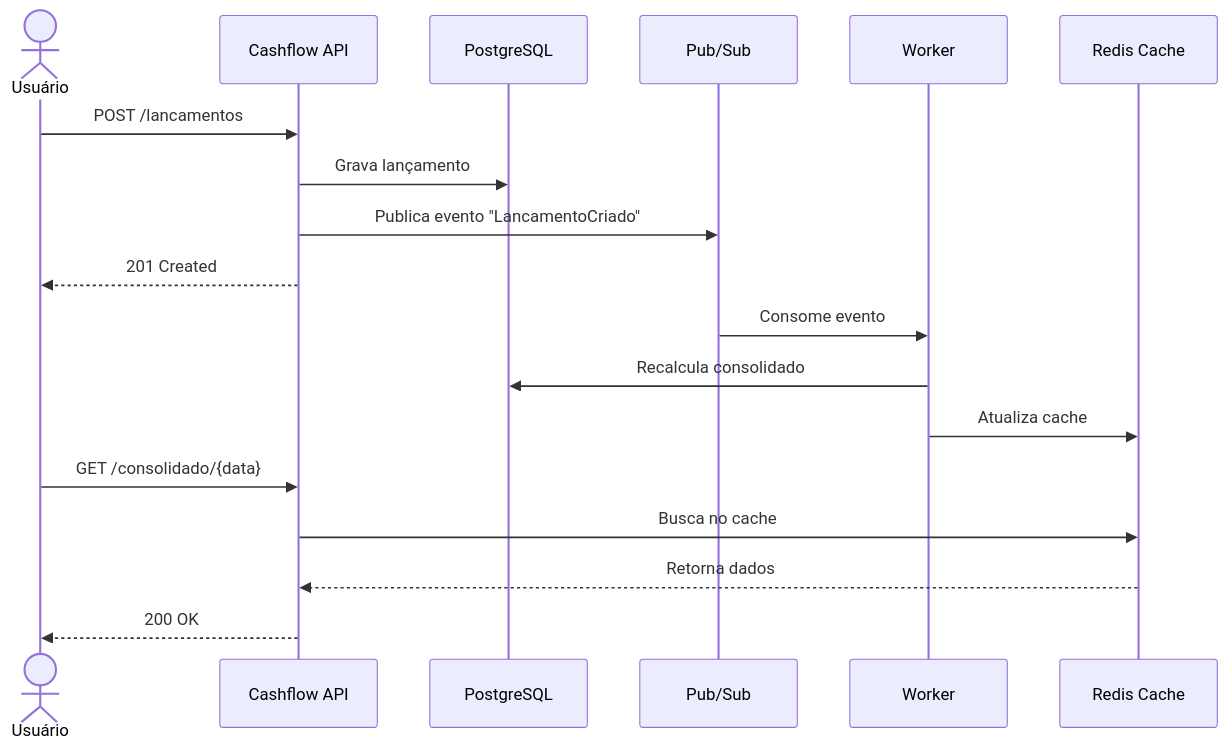
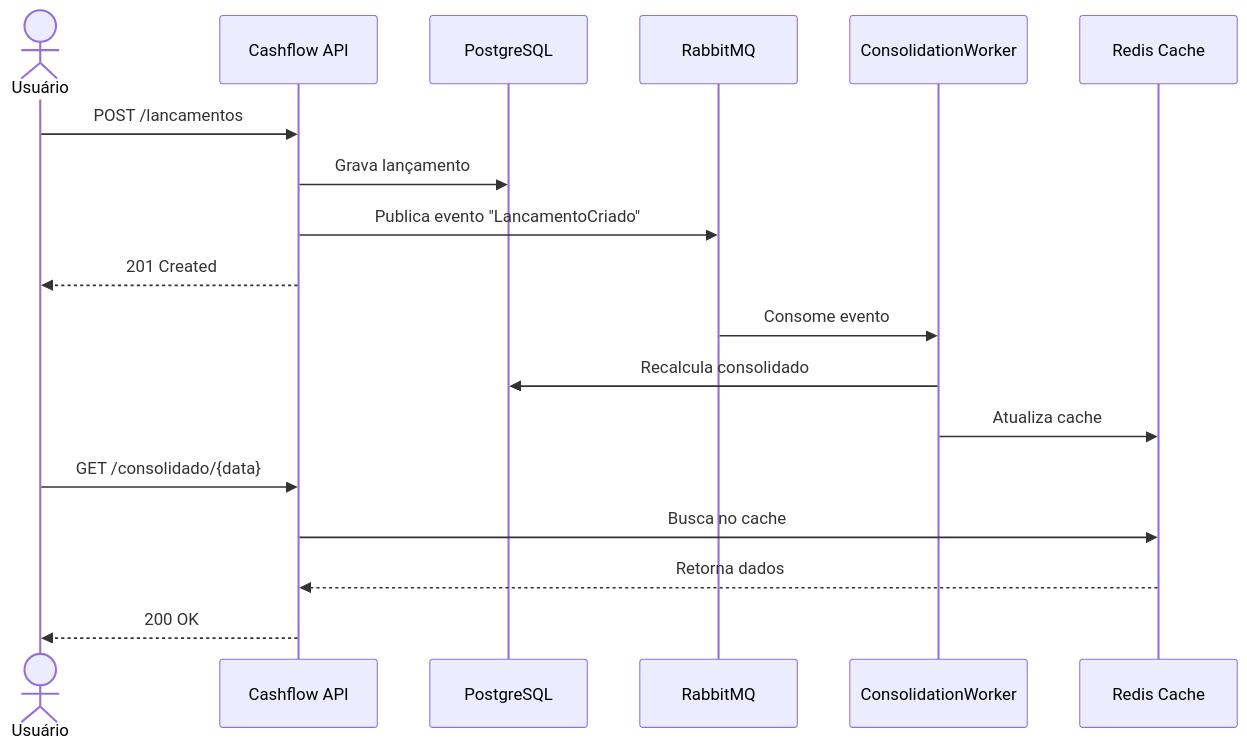
One commit to nelson1987/desafio-cashflow changed the third of 7 diagrams in docs/ARQUITETURA.md. Above: the diagram before and after it, drawn with Mermaid. The commit also changed other lines of this file and 3 other files, not shown here.

````diff
--- a/docs/ARQUITETURA.md
+++ b/docs/ARQUITETURA.md
@@ -96,23 +112,23 @@
 ```mermaid
 sequenceDiagram
     actor U as Usuário
     participant API as Cashflow API
     participant DB as PostgreSQL
-    participant Q as Pub/Sub
-    participant W as Worker
+    participant Q as RabbitMQ
+    participant W as ConsolidationWorker
     participant C as Redis Cache
     
     U->>API: POST /lancamentos
     API->>DB: Grava lançamento
     API->>Q: Publica evento "LancamentoCriado"
     API-->>U: 201 Created
     
     Q->>W: Consome evento
     W->>DB: Recalcula consolidado
     W->>C: Atualiza cache
     
     U->>API: GET /consolidado/{data}
     API->>C: Busca no cache
     C-->>API: Retorna dados
     API-->>U: 200 OK
 ```
````
